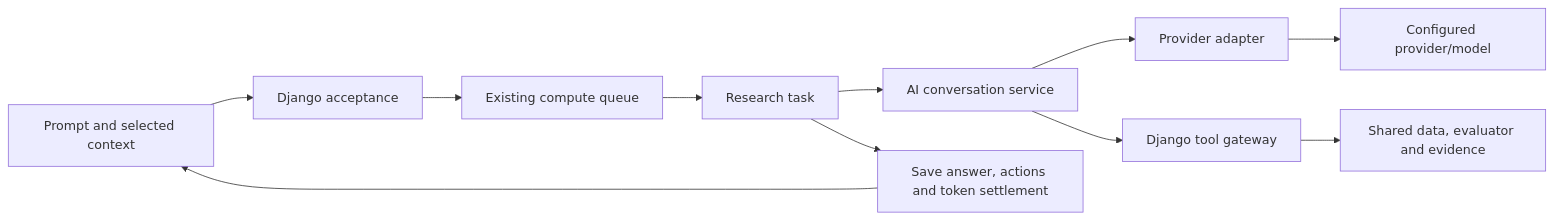
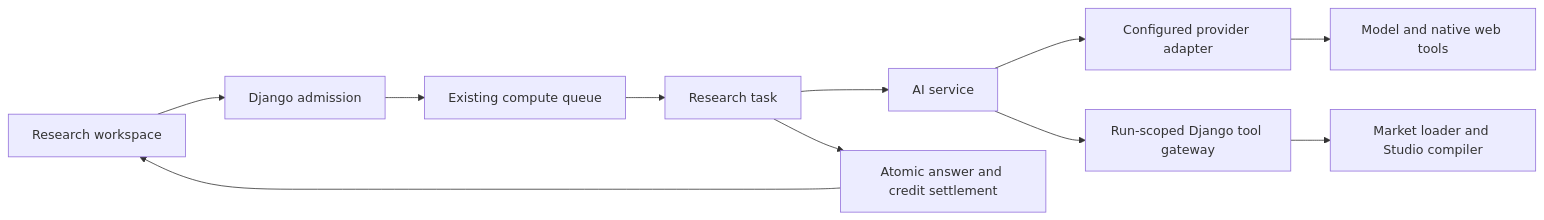
Before and after one commit to ayushkaneriya05/quantnest-platform: the diagram in docs/ai-research.md, drawn with Mermaid. The commit also changed other lines of this file and 61 other files, not shown here.

````diff
--- a/docs/ai-research.md
+++ b/docs/ai-research.md
@@ -105,13 +63,13 @@
 ```mermaid
 flowchart LR
-    UI[Prompt and selected context] --> API[Django acceptance]
-    API --> Queue[Existing compute queue]
-    Queue --> Task[Research task]
-    Task --> Service[AI conversation service]
-    Service --> Adapter[Provider adapter]
-    Adapter --> Model[Configured provider/model]
-    Service --> Gateway[Django tool gateway]
-    Gateway --> Evidence[Shared data, evaluator and evidence]
-    Task --> Commit[Save answer, actions and token settlement]
-    Commit --> UI
+  UI[Research workspace] --> API[Django admission]
+  API --> Queue[Existing compute queue]
+  Queue --> Task[Research task]
+  Task --> Service[AI service]
+  Service --> Adapter[Configured provider adapter]
+  Adapter --> Model[Model and native web tools]
+  Service --> Gateway[Run-scoped Django tool gateway]
+  Gateway --> Shared[Market loader and Studio compiler]
+  Task --> Complete[Atomic answer and credit settlement]
+  Complete --> UI
 ```
````
